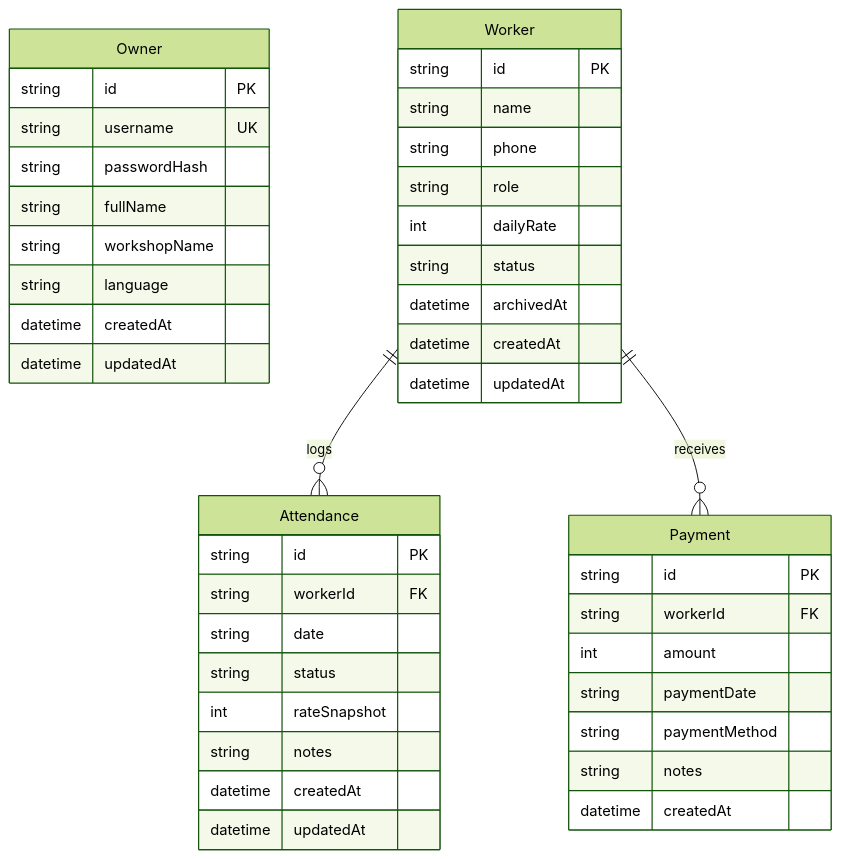
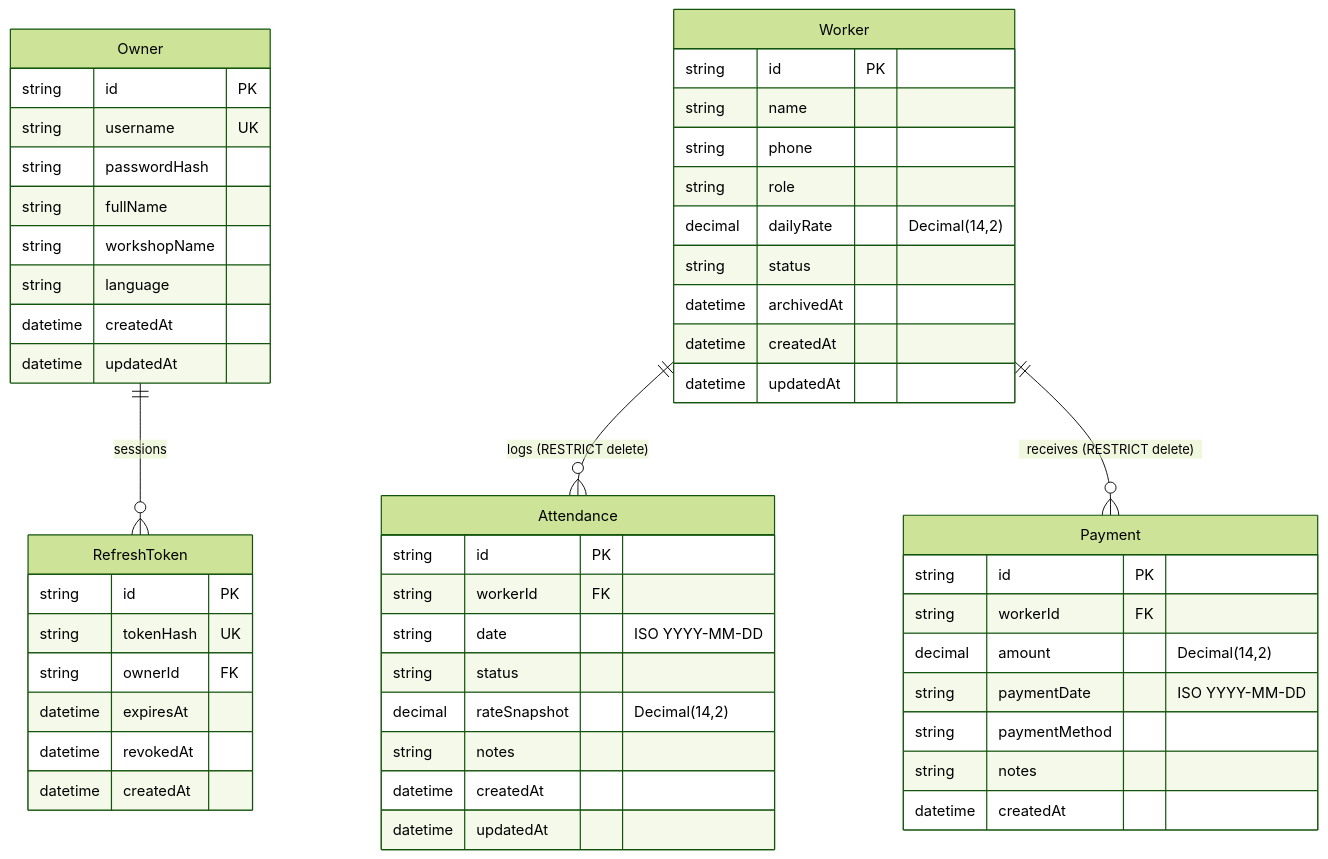
One commit to saidmukhammedov/akfa changed the diagram in docs/DATABASE_SCHEMA.md. Above: the diagram before and after it, drawn with Mermaid (forest theme). The commit also changed other lines of this file and 37 other files, not shown here.

````diff
--- a/docs/DATABASE_SCHEMA.md
+++ b/docs/DATABASE_SCHEMA.md
@@ -5,49 +5,59 @@
 ```mermaid
 erDiagram
     Owner {
         string id PK
         string username UK
         string passwordHash
         string fullName
         string workshopName
         string language
         datetime createdAt
         datetime updatedAt
     }
 
+    RefreshToken {
+        string id PK
+        string tokenHash UK
+        string ownerId FK
+        datetime expiresAt
+        datetime revokedAt
+        datetime createdAt
+    }
+
     Worker {
         string id PK
         string name
         string phone
         string role
-        int dailyRate
+        decimal dailyRate "Decimal(14,2)"
         string status
         datetime archivedAt
         datetime createdAt
         datetime updatedAt
     }
 
     Attendance {
         string id PK
         string workerId FK
-        string date
+        string date "ISO YYYY-MM-DD"
         string status
-        int rateSnapshot
+        decimal rateSnapshot "Decimal(14,2)"
         string notes
         datetime createdAt
         datetime updatedAt
     }
 
     Payment {
         string id PK
         string workerId FK
-        int amount
-        string paymentDate
+        decimal amount "Decimal(14,2)"
+        string paymentDate "ISO YYYY-MM-DD"
         string paymentMethod
         string notes
         datetime createdAt
     }
 
-    Worker ||--o{ Attendance : "logs"
-    Worker ||--o{ Payment : "receives"
+    Owner ||--o{ RefreshToken : "sessions"
+    Worker ||--o{ Attendance : "logs (RESTRICT delete)"
+    Worker ||--o{ Payment : "receives (RESTRICT delete)"
 ```
````
